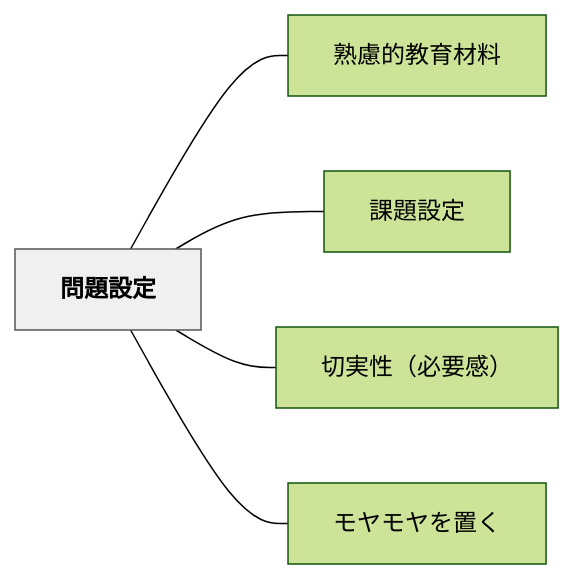
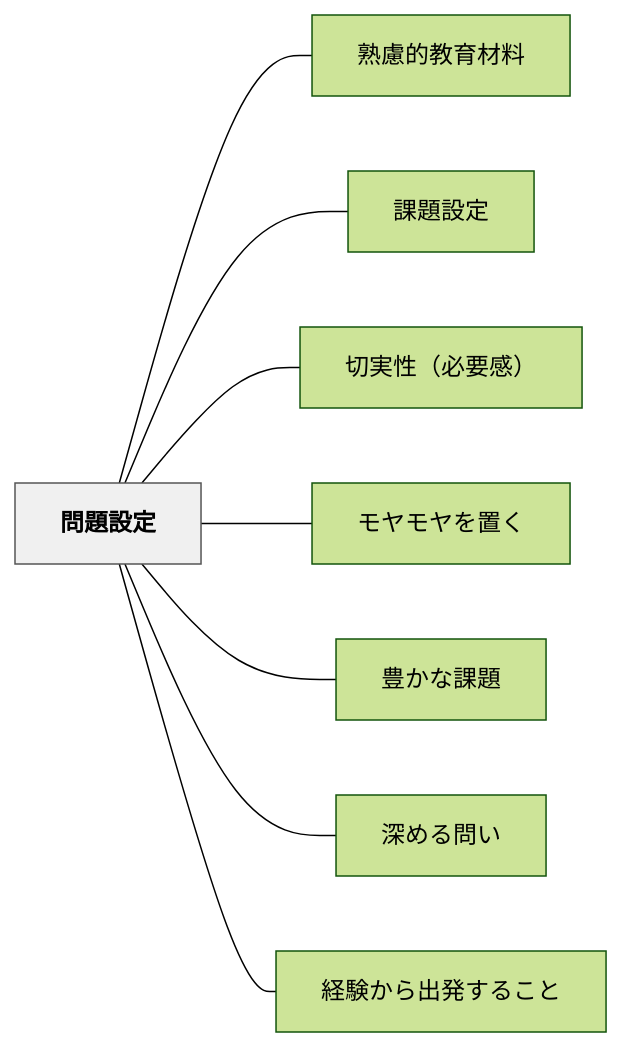
Before and after one commit to unknownthings-ed-patterns/unknownthings-ed-patterns: the diagram in content/パタン/問題設定.md, drawn with Mermaid (forest theme). The commit also changed other lines of this file and 71 other files, not shown here.

````diff
--- a/content/パタン/問題設定.md
+++ b/content/パタン/問題設定.md
@@ -45,16 +48,22 @@
 ```mermaid
 flowchart LR
     ne5958fe9a18ce8a8ade5ae9a["問題設定"]
     ne7869fe685aee79a84e69599e882b2e69d90e69699["熟慮的教育材料"]
     ne8aab2e9a18ce8a8ade5ae9a["課題設定"]
     ne58887e5ae9fe680a7efbc88e5bf85e8a681e6849fefbc89["切実性（必要感）"]
     ne383a2e383a4e383a2e383a4e38292e7bdaee3818f["モヤモヤを置く"]
+    ne8b18ae3818be381aae8aab2e9a18c["豊かな課題"]
+    ne6b7b1e38281e3828be5958fe38184["深める問い"]
+    ne7b58ce9a893e3818be38289e587bae799bae38199e3828be38193e381a8["経験から出発すること"]
 
     ne5958fe9a18ce8a8ade5ae9a --- ne7869fe685aee79a84e69599e882b2e69d90e69699
     ne5958fe9a18ce8a8ade5ae9a --- ne8aab2e9a18ce8a8ade5ae9a
     ne5958fe9a18ce8a8ade5ae9a --- ne58887e5ae9fe680a7efbc88e5bf85e8a681e6849fefbc89
     ne5958fe9a18ce8a8ade5ae9a --- ne383a2e383a4e383a2e383a4e38292e7bdaee3818f
+    ne5958fe9a18ce8a8ade5ae9a --- ne8b18ae3818be381aae8aab2e9a18c
+    ne5958fe9a18ce8a8ade5ae9a --- ne6b7b1e38281e3828be5958fe38184
+    ne5958fe9a18ce8a8ade5ae9a --- ne7b58ce9a893e3818be38289e587bae799bae38199e3828be38193e381a8
 
     classDef hub fill:#f0f0f0,stroke:#555,color:#000,font-weight:bold
     class ne5958fe9a18ce8a8ade5ae9a hub
 ```
````
